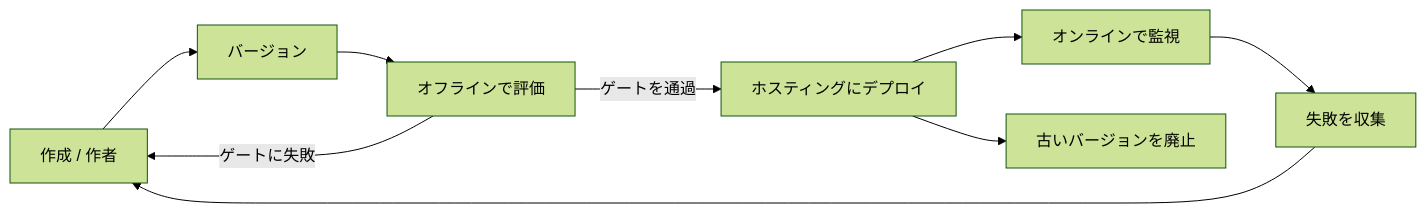
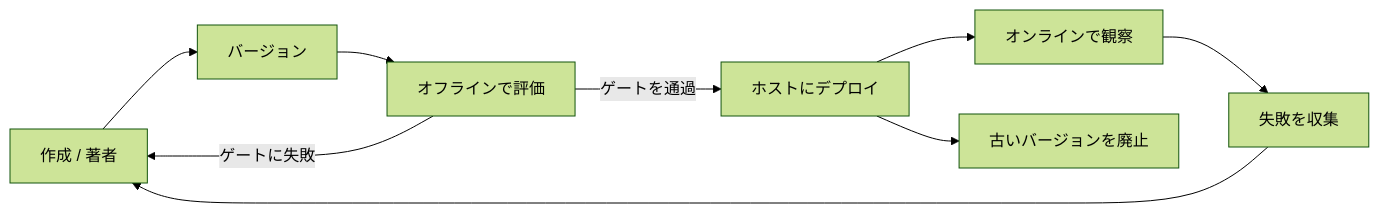
Before and after one commit to gabrielmoreira/agent-skills-mirror: the second of 4 diagrams in mirrors/repos/microsoft@ai-agents-for-beginners/translations/ja/16-deploying-scalable-agents/README.md, drawn with Mermaid (forest theme). The commit also changed other lines of this file and 4262 other files, not shown here.

````diff
--- a/mirrors/repos/microsoft@ai-agents-for-beginners/translations/ja/16-deploying-scalable-agents/README.md
+++ b/mirrors/repos/microsoft@ai-agents-for-beginners/translations/ja/16-deploying-scalable-agents/README.md
@@ -108,11 +108,11 @@
 ```mermaid
 flowchart LR
-    Create[作成 / 作者] --> Version[バージョン]
+    Create[作成 / 著者] --> Version[バージョン]
     Version --> Evaluate[オフラインで評価]
-    Evaluate -->|ゲートを通過| Deploy[ホスティングにデプロイ]
+    Evaluate -->|ゲートを通過| Deploy[ホストにデプロイ]
     Evaluate -->|ゲートに失敗| Create
-    Deploy --> Observe[オンラインで監視]
+    Deploy --> Observe[オンラインで観察]
     Observe --> Improve[失敗を収集]
     Improve --> Create
     Deploy --> Retire[古いバージョンを廃止]
 ```
````
